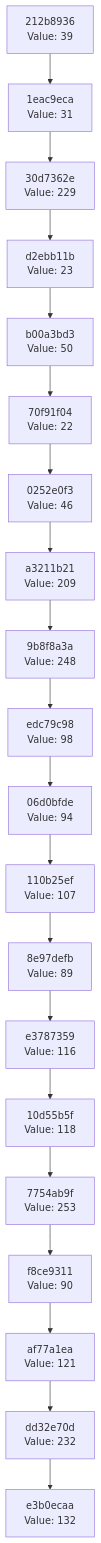
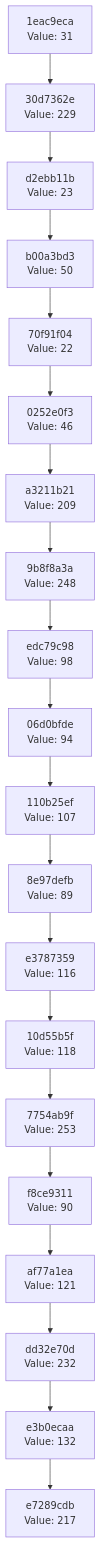
The diagram in docs/CHAIN_VISUALIZATION.md (Abhisheksinha1506/hash-chain-evolver), drawn with Mermaid before and after one commit. The commit also changed 3 other files, not shown here.

````diff
--- a/docs/CHAIN_VISUALIZATION.md
+++ b/docs/CHAIN_VISUALIZATION.md
@@ -3,42 +3,42 @@
 ```mermaid
 graph TD
-    C0["e3b0ecaa<br/>Value: 132"]
-    C1["dd32e70d<br/>Value: 232"]
+    C0["e7289cdb<br/>Value: 217"]
+    C1["e3b0ecaa<br/>Value: 132"]
     C1 --> C0
-    C2["af77a1ea<br/>Value: 121"]
+    C2["dd32e70d<br/>Value: 232"]
     C2 --> C1
-    C3["f8ce9311<br/>Value: 90"]
+    C3["af77a1ea<br/>Value: 121"]
     C3 --> C2
-    C4["7754ab9f<br/>Value: 253"]
+    C4["f8ce9311<br/>Value: 90"]
     C4 --> C3
-    C5["10d55b5f<br/>Value: 118"]
+    C5["7754ab9f<br/>Value: 253"]
     C5 --> C4
-    C6["e3787359<br/>Value: 116"]
+    C6["10d55b5f<br/>Value: 118"]
     C6 --> C5
-    C7["8e97defb<br/>Value: 89"]
+    C7["e3787359<br/>Value: 116"]
     C7 --> C6
-    C8["110b25ef<br/>Value: 107"]
+    C8["8e97defb<br/>Value: 89"]
     C8 --> C7
-    C9["06d0bfde<br/>Value: 94"]
+    C9["110b25ef<br/>Value: 107"]
     C9 --> C8
-    C10["edc79c98<br/>Value: 98"]
+    C10["06d0bfde<br/>Value: 94"]
     C10 --> C9
-    C11["9b8f8a3a<br/>Value: 248"]
+    C11["edc79c98<br/>Value: 98"]
     C11 --> C10
-    C12["a3211b21<br/>Value: 209"]
+    C12["9b8f8a3a<br/>Value: 248"]
     C12 --> C11
-    C13["0252e0f3<br/>Value: 46"]
+    C13["a3211b21<br/>Value: 209"]
     C13 --> C12
-    C14["70f91f04<br/>Value: 22"]
+    C14["0252e0f3<br/>Value: 46"]
     C14 --> C13
-    C15["b00a3bd3<br/>Value: 50"]
+    C15["70f91f04<br/>Value: 22"]
     C15 --> C14
-    C16["d2ebb11b<br/>Value: 23"]
+    C16["b00a3bd3<br/>Value: 50"]
     C16 --> C15
-    C17["30d7362e<br/>Value: 229"]
+    C17["d2ebb11b<br/>Value: 23"]
     C17 --> C16
-    C18["1eac9eca<br/>Value: 31"]
+    C18["30d7362e<br/>Value: 229"]
     C18 --> C17
-    C19["212b8936<br/>Value: 39"]
+    C19["1eac9eca<br/>Value: 31"]
     C19 --> C18
 ```
````
